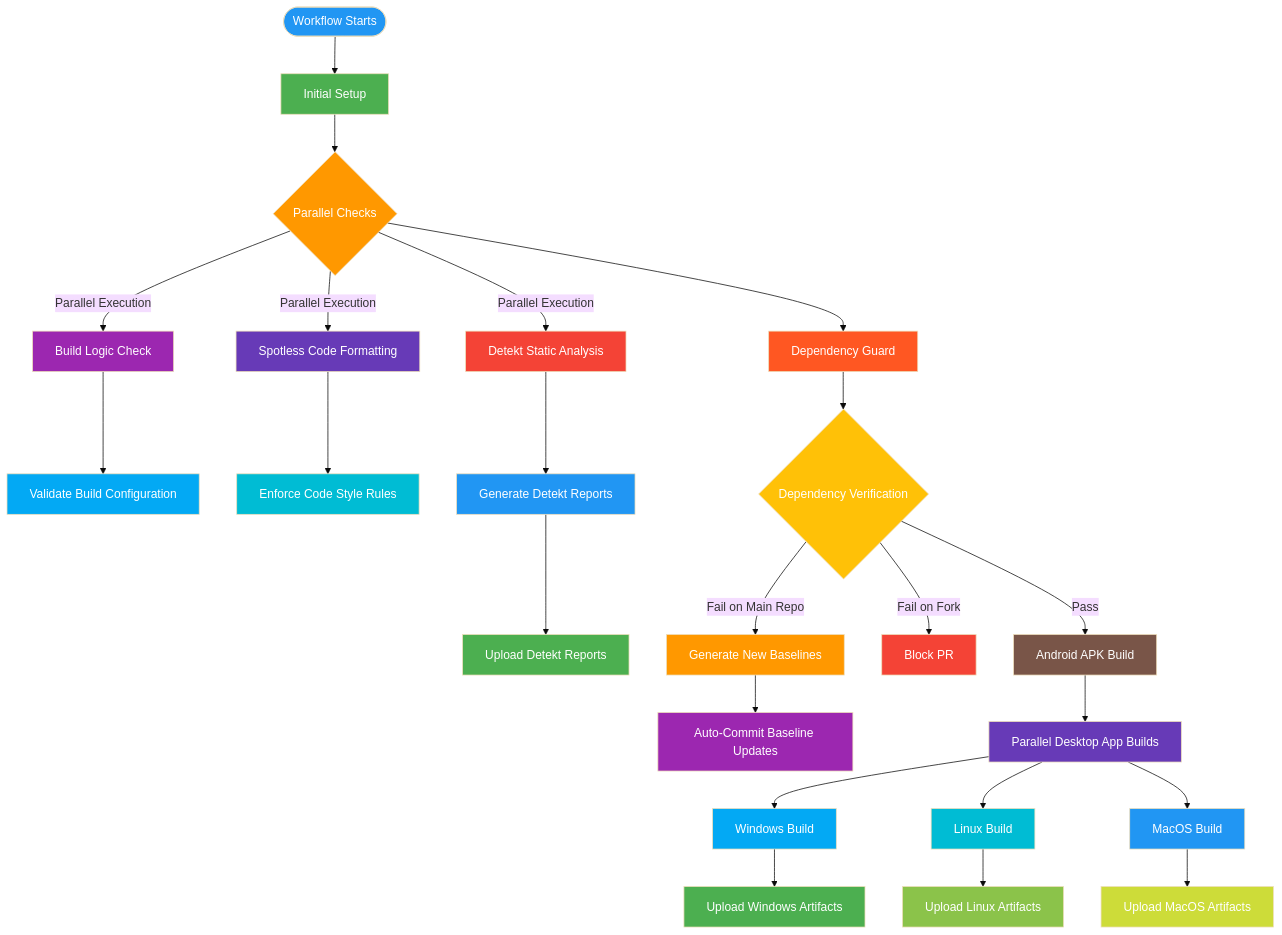
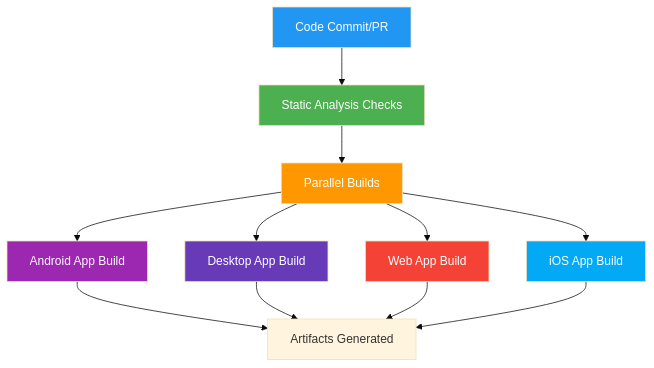
One commit to openMF/mifos-x-actionhub changed the fourth of 5 diagrams in README.md. Above: the diagram before and after it, drawn with Mermaid (base theme). The commit also changed other lines of this file and 5 other files, not shown here.

````diff
--- a/README.md
+++ b/README.md
@@ -852,57 +879,21 @@
 ```mermaid
 flowchart TD
-    A([Workflow Starts]) --> B[Initial Setup]
-    B --> C{Parallel Checks}
-
-    C --> |Parallel Execution| D1[Build Logic Check]
-    C --> |Parallel Execution| D2[Spotless Code Formatting]
-    C --> |Parallel Execution| D3[Detekt Static Analysis]
-
-    D1 --> E1[Validate Build Configuration]
-    D2 --> E2[Enforce Code Style Rules]
-    D3 --> E3[Generate Detekt Reports]
-
-    E3 --> F3[Upload Detekt Reports]
-
-    C --> G[Dependency Guard]
-    G --> H{Dependency Verification}
-
-    H -->|Pass| I[Android APK Build]
-    H -->|Fail on Fork| J[Block PR]
-    H -->|Fail on Main Repo| K[Generate New Baselines]
-
-    K --> L[Auto-Commit Baseline Updates]
-
-    I --> M[Parallel Desktop App Builds]
-    M --> N1[Windows Build]
-    M --> N2[Linux Build]
-    M --> N3[MacOS Build]
-
-    N1 --> O1[Upload Windows Artifacts]
-    N2 --> O2[Upload Linux Artifacts]
-    N3 --> O3[Upload MacOS Artifacts]
+    A[Code Commit/PR] --> B[Static Analysis Checks]
+    B --> C[Parallel Builds]
+    C --> D1[Android App Build]
+    C --> D2[Desktop App Build]
+    C --> D3[Web App Build]
+    C --> D4[iOS App Build]
+    D1 --> E[Artifacts Generated]
+    D2 --> E
+    D3 --> E
+    D4 --> E
 
     style A fill:#2196F3,color:white
     style B fill:#4CAF50,color:white
     style C fill:#FF9800,color:white
     style D1 fill:#9C27B0,color:white
     style D2 fill:#673AB7,color:white
     style D3 fill:#F44336,color:white
-    style E1 fill:#03A9F4,color:white
-    style E2 fill:#00BCD4,color:white
-    style E3 fill:#2196F3,color:white
-    style F3 fill:#4CAF50,color:white
-    style G fill:#FF5722,color:white
-    style H fill:#FFC107,color:white
-    style I fill:#795548,color:white
-    style J fill:#f44336,color:white
-    style K fill:#FF9800,color:white
-    style L fill:#9C27B0,color:white
-    style M fill:#673AB7,color:white
-    style N1 fill:#03A9F4,color:white
-    style N2 fill:#00BCD4,color:white
-    style N3 fill:#2196F3,color:white
-    style O1 fill:#4CAF50,color:white
-    style O2 fill:#8BC34A,color:white
-    style O3 fill:#CDDC39,color:white
+    style D4 fill:#03A9F4,color:white
 ```
````
